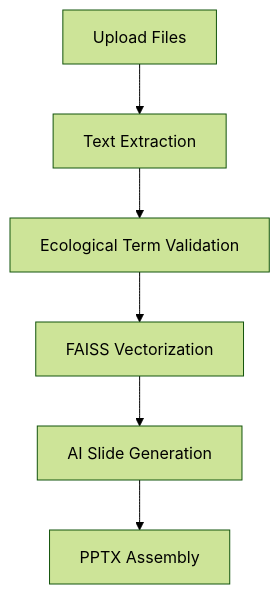
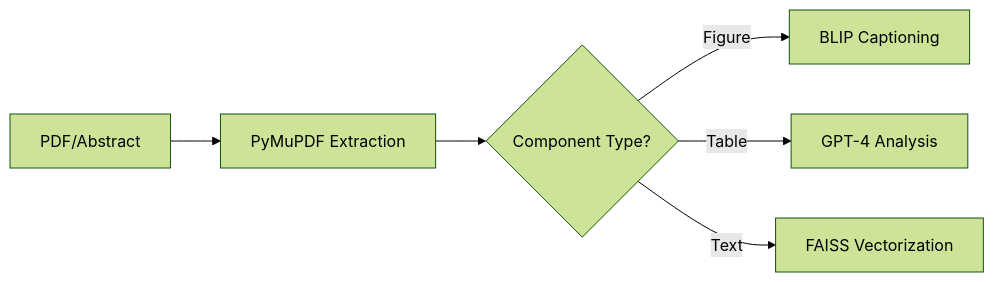
One commit to knowhrishi/AutoDeckAI-EchoHack changed the first of 2 diagrams in README.md. Above: the diagram before and after it, drawn with Mermaid (forest theme). The commit also changed other lines of this file, not shown here.

````diff
--- a/README.md
+++ b/README.md
@@ -96,8 +30,8 @@
-   ```mermaid
-   graph TD
-       A[Upload Files] --> B[Text Extraction]
-       B --> C[Ecological Term Validation]
-       C --> D[FAISS Vectorization]
-       D --> E[AI Slide Generation]
-       E --> F[PPTX Assembly]
-   ```
+  ```mermaid
+  graph LR
+      A[PDF/Abstract] --> B[PyMuPDF Extraction]
+      B --> C{Component Type?}
+      C -->|Figure| D[BLIP Captioning]
+      C -->|Table| E[GPT-4 Analysis]
+      C -->|Text| F[FAISS Vectorization]
+  ```
````
